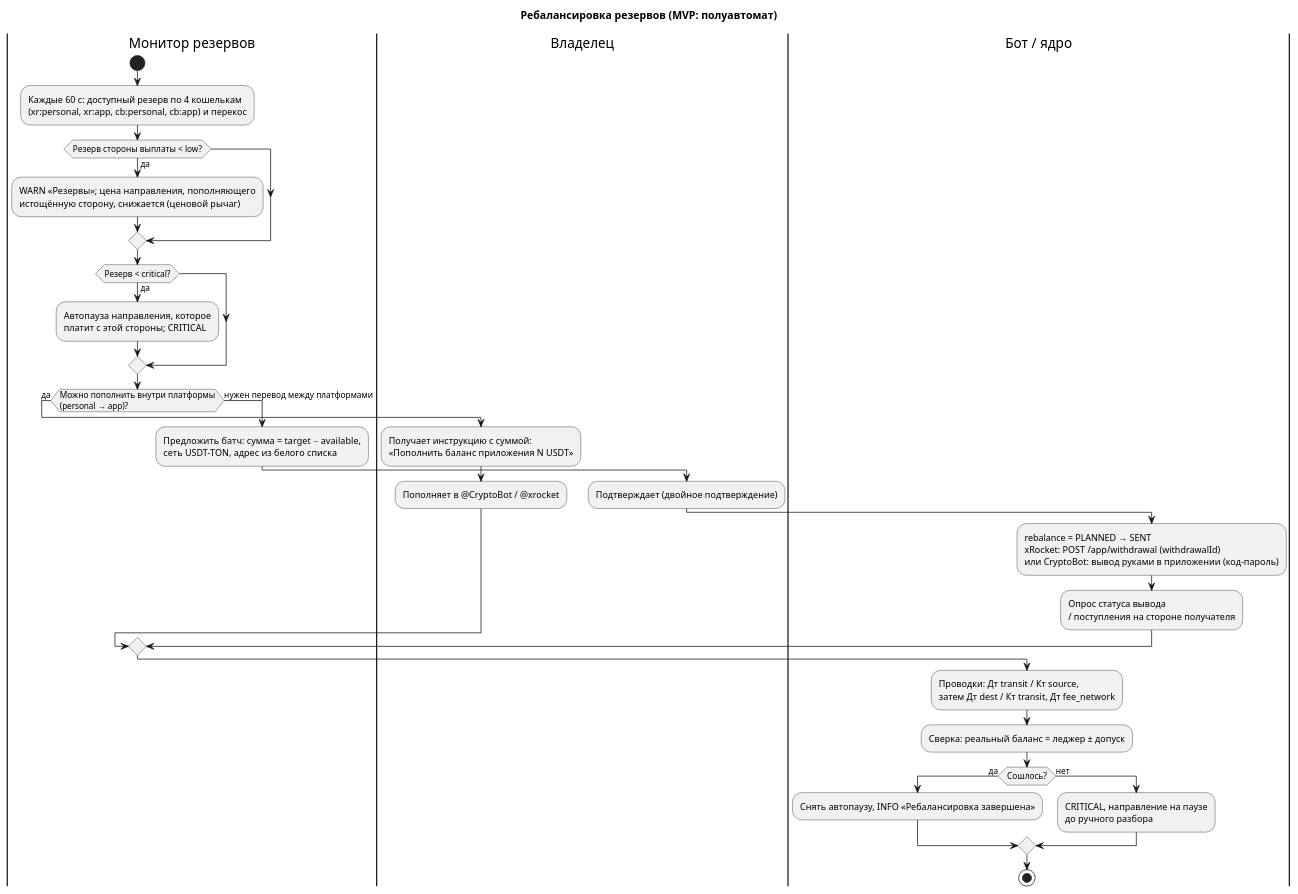
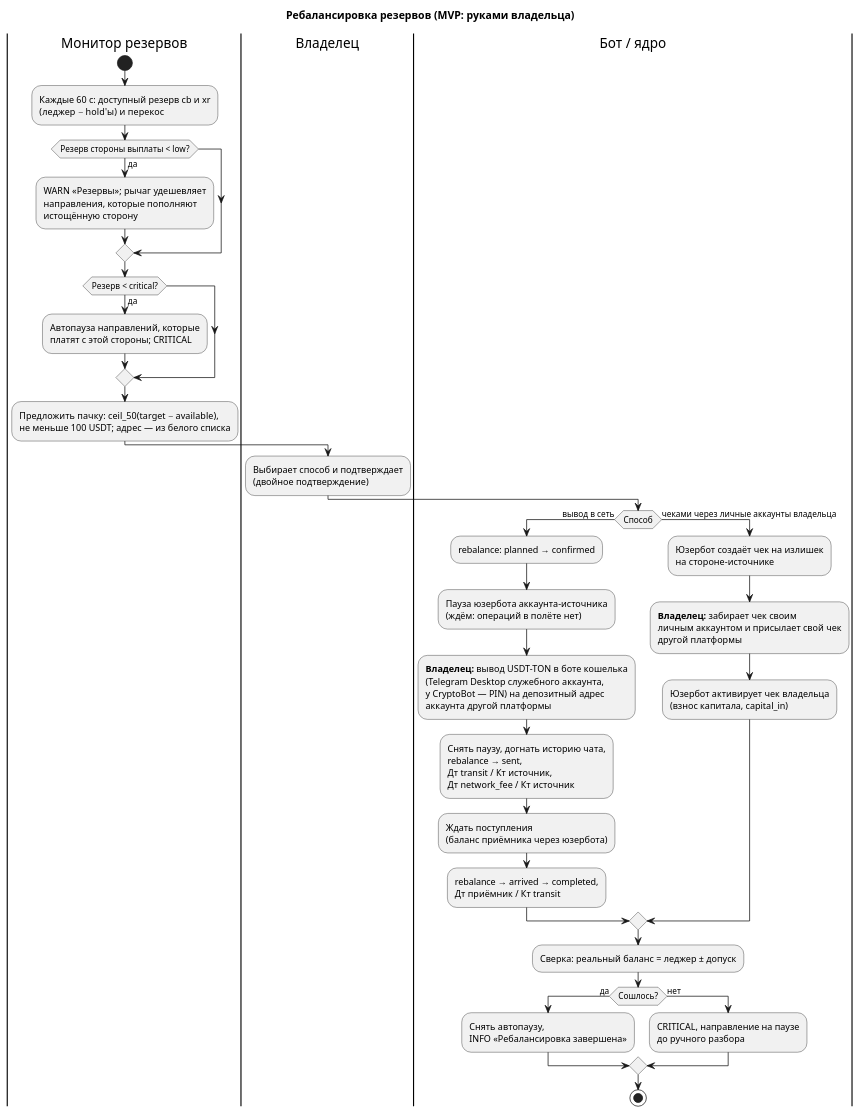
The diagram in exchanger/diagrams/04-activity-rebalance.puml (Nacebara/webquest), drawn with PlantUML before and after one commit. The commit also changed 21 other files, not shown here.

First line of the commit message:
docs: diagrams v0.2 — userbot payouts and 31-transition state machine

```diff
--- a/exchanger/diagrams/04-activity-rebalance.puml
+++ b/exchanger/diagrams/04-activity-rebalance.puml
@@ -1,48 +1,63 @@
 @startuml activity-rebalance
-' Ребалансировка резервов (MVP — полуавтомат с подтверждением владельца)
+' Ребалансировка резервов, v0.2: два кошелька (cb, xr) — личные балансы юзерботов,
+' платёжных API нет. MVP: вывод руками владельца при остановленном юзерботе
+' или обмен чеками через личные аккаунты владельца (способ ждёт решения владельца).
 skinparam shadowing false
-title Ребалансировка резервов (MVP: полуавтомат)
+title Ребалансировка резервов (MVP: руками владельца)
 
 |Монитор резервов|
 start
-:Каждые 60 с: доступный резерв по 4 кошелькам
-(xr:personal, xr:app, cb:personal, cb:app) и перекос;
+:Каждые 60 с: доступный резерв cb и xr
+(леджер − hold'ы) и перекос;
 if (Резерв стороны выплаты < low?) then (да)
-  :WARN «Резервы»; цена направления, пополняющего
-  истощённую сторону, снижается (ценовой рычаг);
+  :WARN «Резервы»; рычаг удешевляет
+  направления, которые пополняют
+  истощённую сторону;
 endif
 if (Резерв < critical?) then (да)
-  :Автопауза направления, которое
-  платит с этой стороны; CRITICAL;
+  :Автопауза направлений, которые
+  платят с этой стороны; CRITICAL;
 endif
-if (Можно пополнить внутри платформы
-(personal → app)?) then (да)
-  |Владелец|
-  :Получает инструкцию с суммой:
-  «Пополнить баланс приложения N USDT»;
-  :Пополняет в @CryptoBot / @xrocket;
-else (нужен перевод между платформами)
-  |Монитор резервов|
-  :Предложить батч: сумма = target − available,
-  сеть USDT-TON, адрес из белого списка;
-  |Владелец|
-  :Подтверждает (двойное подтверждение);
-  |Бот / ядро|
-  :rebalance = PLANNED → SENT
-  xRocket: POST /app/withdrawal (withdrawalId)
-  или CryptoBot: вывод руками в приложении (код-пароль);
-  :Опрос статуса вывода
-  / поступления на стороне получателя;
+:Предложить пачку: ceil_50(target − available),
+не меньше 100 USDT; адрес — из белого списка;
+
+|Владелец|
+:Выбирает способ и подтверждает
+(двойное подтверждение);
+
+|Бот / ядро|
+if (Способ) then (вывод в сеть)
+  :rebalance: planned → confirmed;
+  :Пауза юзербота аккаунта-источника
+  (ждём: операций в полёте нет);
+  :**Владелец:** вывод USDT-TON в боте кошелька
+  (Telegram Desktop служебного аккаунта,
+  у CryptoBot — PIN) на депозитный адрес
+  аккаунта другой платформы;
+  :Снять паузу, догнать историю чата,
+  rebalance → sent,
+  Дт transit / Кт источник,
+  Дт network_fee / Кт источник;
+  :Ждать поступления
+  (баланс приёмника через юзербота);
+  :rebalance → arrived → completed,
+  Дт приёмник / Кт transit;
+else (чеками через личные аккаунты владельца)
+  :Юзербот создаёт чек на излишек
+  на стороне-источнике;
+  :**Владелец:** забирает чек своим
+  личным аккаунтом и присылает свой чек
+  другой платформы;
+  :Юзербот активирует чек владельца
+  (взнос капитала, capital_in);
 endif
-|Бот / ядро|
-:Проводки: Дт transit / Кт source,
-затем Дт dest / Кт transit, Дт fee_network;
 :Сверка: реальный баланс = леджер ± допуск;
 if (Сошлось?) then (да)
-  :Снять автопаузу, INFO «Ребалансировка завершена»;
+  :Снять автопаузу,
+  INFO «Ребалансировка завершена»;
 else (нет)
   :CRITICAL, направление на паузе
   до ручного разбора;
 endif
 stop
 @enduml
```
